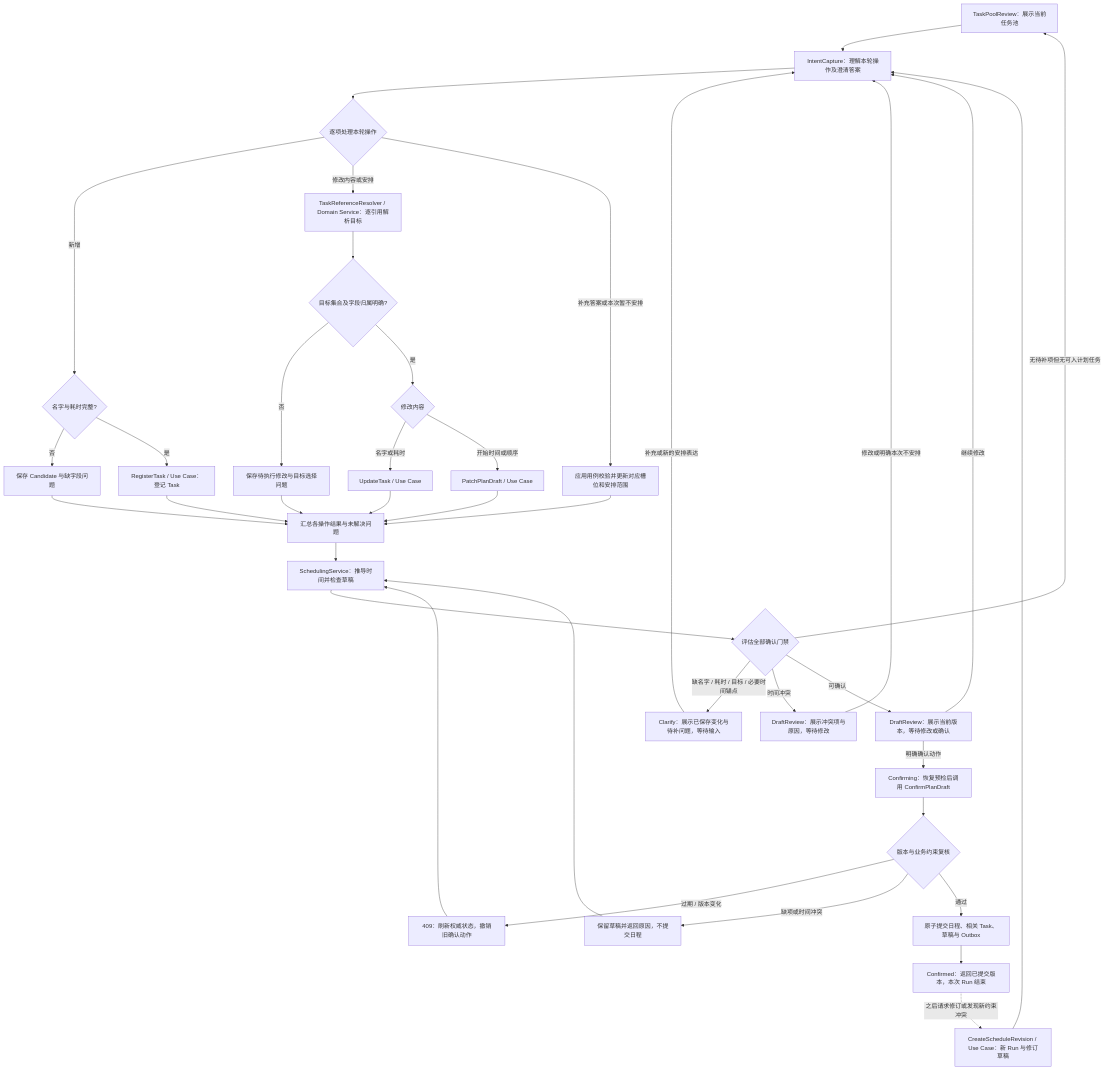
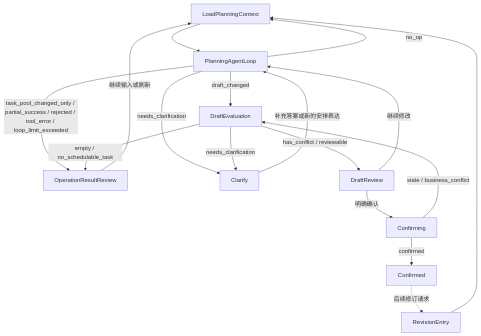
Before and after one commit to johanchow/duxue: the first of 6 diagrams in docs/technical/domain-planning.md, drawn with Mermaid. The commit also changed other lines of this file and 1 other file, not shown here.

````diff
--- a/docs/technical/domain-planning.md
+++ b/docs/technical/domain-planning.md
@@ -21,40 +21,19 @@
 ```mermaid
 flowchart TD
-    A[TaskPoolReview：展示当前任务池] --> I[IntentCapture：理解本轮操作及澄清答案]
-    I --> O{逐项处理本轮操作}
-    O -->|新增| N{名字与耗时完整?}
-    N -->|否| NC[保存 Candidate 与缺字段问题]
-    N -->|是| NT[RegisterTask / Use Case：登记 Task]
-    O -->|修改内容或安排| R[TaskReferenceResolver / Domain Service：逐引用解析目标]
-    R --> B{目标集合及字段归属明确?}
-    B -->|否| BC[保存待执行修改与目标选择问题]
-    B -->|是| K{修改内容}
-    K -->|名字或耗时| UT[UpdateTask / Use Case]
-    K -->|开始时间或顺序| PD[PatchPlanDraft / Use Case]
-    O -->|补充答案或本次暂不安排| AN[应用用例校验并更新对应槽位和安排范围]
-    NC --> M[汇总各操作结果与未解决问题]
-    NT --> M
-    BC --> M
-    UT --> M
-    PD --> M
-    AN --> M
-    M --> S[SchedulingService：推导时间并检查草稿]
-    S --> G{评估全部确认门禁}
-    G -->|缺名字 / 耗时 / 目标 / 必要时间锚点| C[Clarify：展示已保存变化与待补问题，等待输入]
-    C -->|补充或新的安排表达| I
-    G -->|时间冲突| X[DraftReview：展示冲突项与原因，等待修改]
-    X -->|修改或明确本次不安排| I
-    G -->|无待补项但无可入计划任务| A
-    G -->|可确认| D[DraftReview：展示当前版本，等待修改或确认]
-    D -->|继续修改| I
-    D -->|明确确认动作| F[Confirming：恢复预检后调用 ConfirmPlanDraft]
-    F --> V{版本与业务约束复核}
-    V -->|过期 / 版本变化| ST[409：刷新权威状态，撤销旧确认动作]
-    ST --> S
-    V -->|缺项或时间冲突| RE[保留草稿并返回原因，不提交日程]
-    RE --> S
-    V -->|通过| TX[原子提交日程、相关 Task、草稿与 Outbox]
-    TX --> OK[Confirmed：返回已提交版本，本次 Run 结束]
-    OK -.->|之后请求修订或发现新约束冲突| REV[CreateScheduleRevision / Use Case：新 Run 与修订草稿]
-    REV --> I
+    A[LoadPlanningContext] --> B[PlanningAgentLoop]
+    B -->|task_pool_changed_only / partial_success / rejected / tool_error / loop_limit_exceeded| C[OperationResultReview]
+    B -->|needs_clarification| D[Clarify]
+    B -->|draft_changed| E[DraftEvaluation]
+    B -->|no_op| A
+    C -->|继续输入或刷新| A
+    D -->|补充答案或新的安排表达| B
+    E -->|needs_clarification| D
+    E -->|empty / no_schedulable_task| C
+    E -->|has_conflict / reviewable| F[DraftReview]
+    F -->|继续修改| B
+    F -->|明确确认| G[Confirming]
+    G -->|stale / business_conflict| E
+    G -->|confirmed| H[Confirmed]
+    H -.->|后续修订请求| R[RevisionEntry]
+    R --> A
 ```
````
